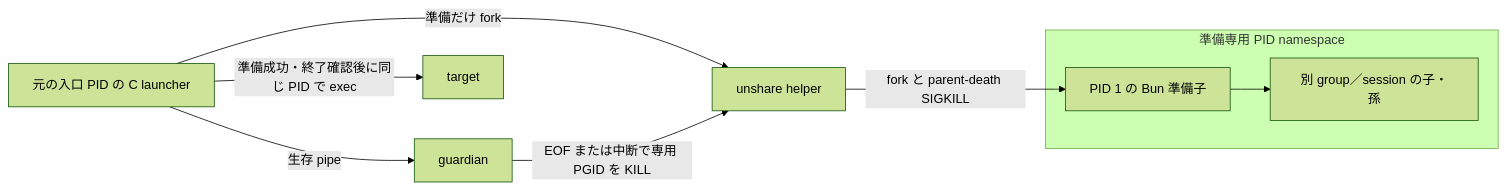
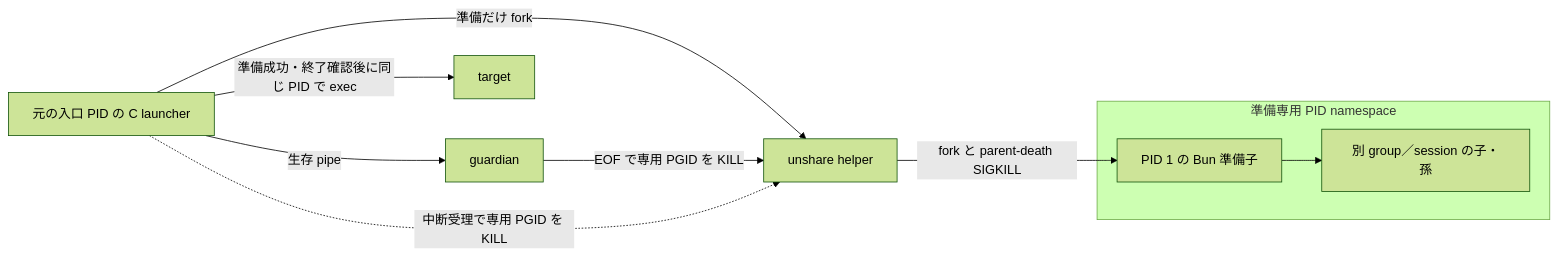
The diagram in docs/bun-preparation-containment-research.md (treflebonbon/skills), drawn with Mermaid (forest theme) before and after one commit. The commit also changed other lines of this file, not shown here.

````diff
--- a/docs/bun-preparation-containment-research.md
+++ b/docs/bun-preparation-containment-research.md
@@ -64,11 +64,12 @@
 ```mermaid
 flowchart LR
   L[元の入口 PID の C launcher] -->|準備だけ fork| U[unshare helper]
   L -->|生存 pipe| G[guardian]
-  G -->|EOF または中断で専用 PGID を KILL| U
+  G -->|EOF で専用 PGID を KILL| U
+  L -.->|中断受理で専用 PGID を KILL| U
   U -->|fork と parent-death SIGKILL| B
   subgraph N[準備専用 PID namespace]
     B[PID 1 の Bun 準備子] --> D[別 group／session の子・孫]
   end
   L -->|準備成功・終了確認後に同じ PID で exec| T[target]
 ```
````
